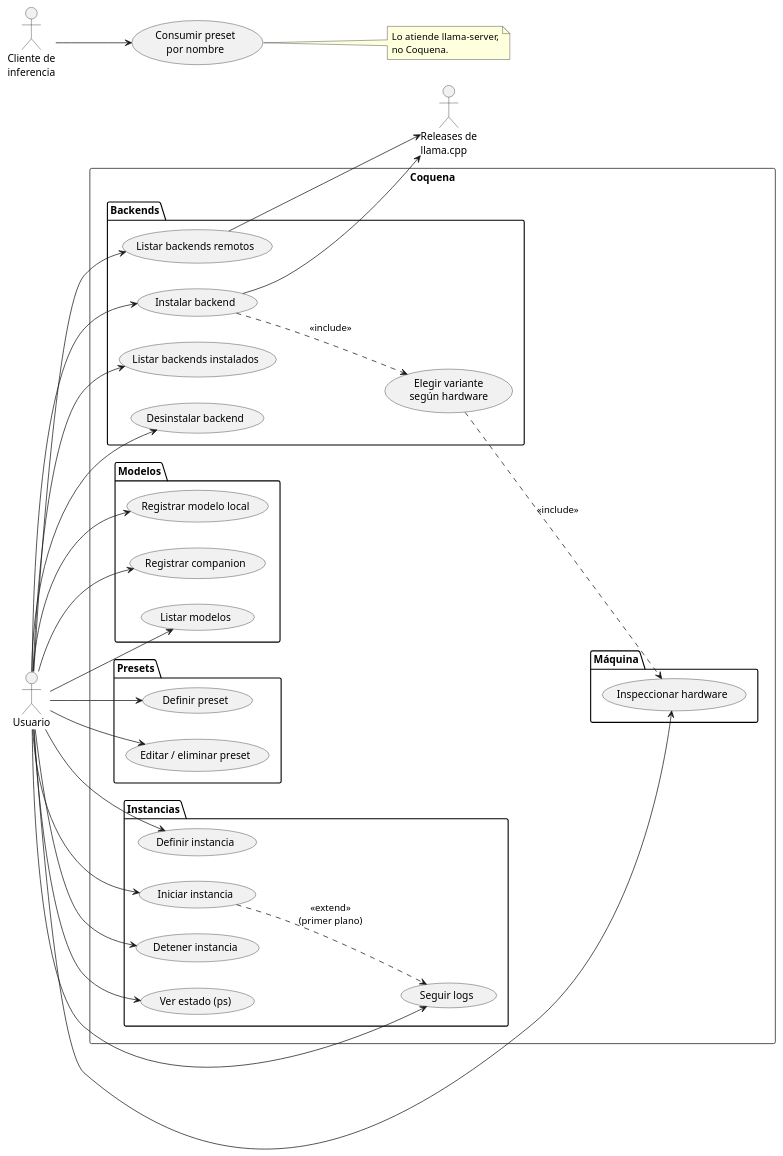
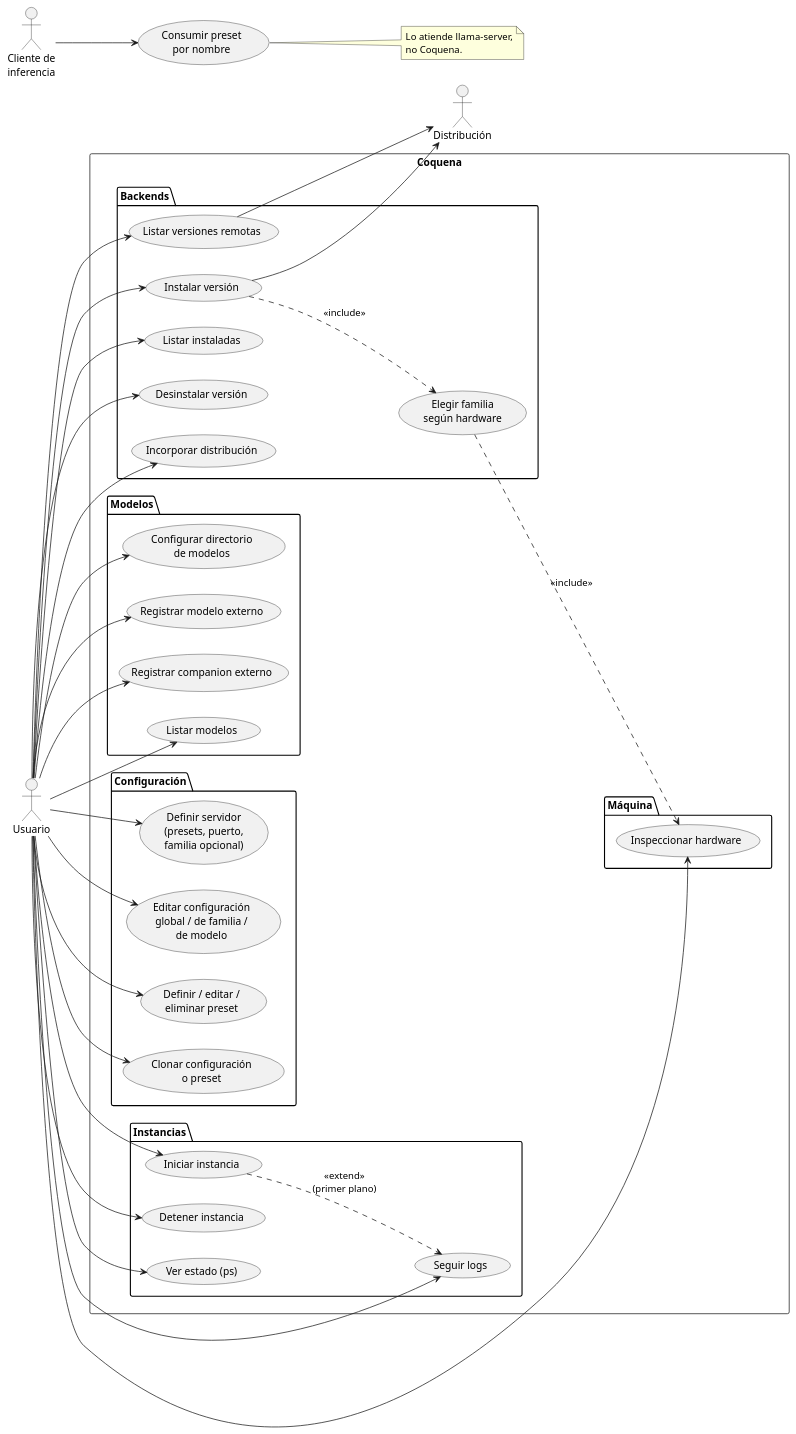
Before and after one commit to mstranich/coquena: the diagram in docs/casos-de-uso.md, drawn with PlantUML. The commit also changed other lines of this file and 7 other files, not shown here.

````diff
--- a/docs/casos-de-uso.md
+++ b/docs/casos-de-uso.md
@@ -13,65 +13,71 @@
 ```plantuml
 @startuml
 left to right direction
 actor Usuario
 actor "Cliente de\ninferencia" as Cliente
-actor "Releases de\nllama.cpp" as GH
+actor "Distribución" as GH
 
 rectangle Coquena {
   package Máquina {
     usecase "Inspeccionar hardware" as UC_HW
   }
   package Backends {
-    usecase "Listar backends remotos" as UC_BR
-    usecase "Instalar backend" as UC_BI
-    usecase "Listar backends instalados" as UC_BL
-    usecase "Desinstalar backend" as UC_BD
-    usecase "Elegir variante\nsegún hardware" as UC_VAR
+    usecase "Listar versiones remotas" as UC_BR
+    usecase "Instalar versión" as UC_BI
+    usecase "Listar instaladas" as UC_BL
+    usecase "Desinstalar versión" as UC_BD
+    usecase "Elegir familia\nsegún hardware" as UC_VAR
+    usecase "Incorporar distribución" as UC_DI
   }
   package Modelos {
-    usecase "Registrar modelo local" as UC_MR
-    usecase "Registrar companion" as UC_CR
+    usecase "Configurar directorio\nde modelos" as UC_MD
+    usecase "Registrar modelo externo" as UC_MR
+    usecase "Registrar companion externo" as UC_CR
     usecase "Listar modelos" as UC_ML
   }
-  package Presets {
-    usecase "Definir preset" as UC_PD
-    usecase "Editar / eliminar preset" as UC_PE
+  package Configuración {
+    usecase "Definir servidor\n(presets, puerto,\nfamilia opcional)" as UC_ID
+    usecase "Editar configuración\nglobal / de familia /\nde modelo" as UC_IG
+    usecase "Definir / editar /\neliminar preset" as UC_PD
+    usecase "Clonar configuración\no preset" as UC_PC
   }
   package Instancias {
-    usecase "Definir instancia" as UC_ID
     usecase "Iniciar instancia" as UC_IS
     usecase "Detener instancia" as UC_IX
     usecase "Ver estado (ps)" as UC_IP
     usecase "Seguir logs" as UC_IL
   }
 }
 
 Usuario --> UC_HW
 Usuario --> UC_BR
 Usuario --> UC_BI
 Usuario --> UC_BL
 Usuario --> UC_BD
+Usuario --> UC_DI
+Usuario --> UC_MD
 Usuario --> UC_MR
 Usuario --> UC_CR
 Usuario --> UC_ML
+Usuario --> UC_ID
+Usuario --> UC_IG
 Usuario --> UC_PD
-Usuario --> UC_PE
-Usuario --> UC_ID
+Usuario --> UC_PC
 Usuario --> UC_IS
 Usuario --> UC_IX
 Usuario --> UC_IP
 Usuario --> UC_IL
 
 UC_BR --> GH
 UC_BI --> GH
 UC_BI ..> UC_VAR : <<include>>
 UC_VAR ..> UC_HW : <<include>>
 UC_IS ..> UC_IL : <<extend>>\n(primer plano)
 
 Cliente --> (Consumir preset\npor nombre)
 note right of (Consumir preset\npor nombre)
   Lo atiende llama-server,
   no Coquena.
 end note
 @enduml
 ```
````
